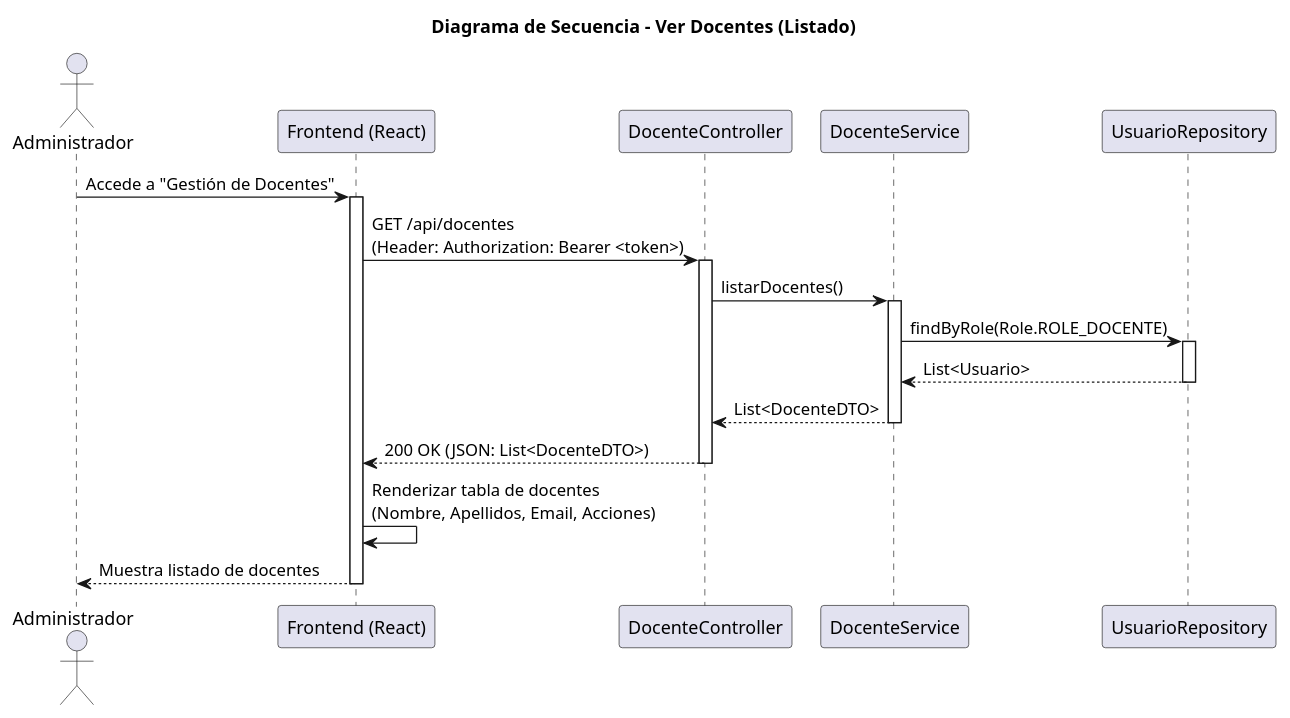
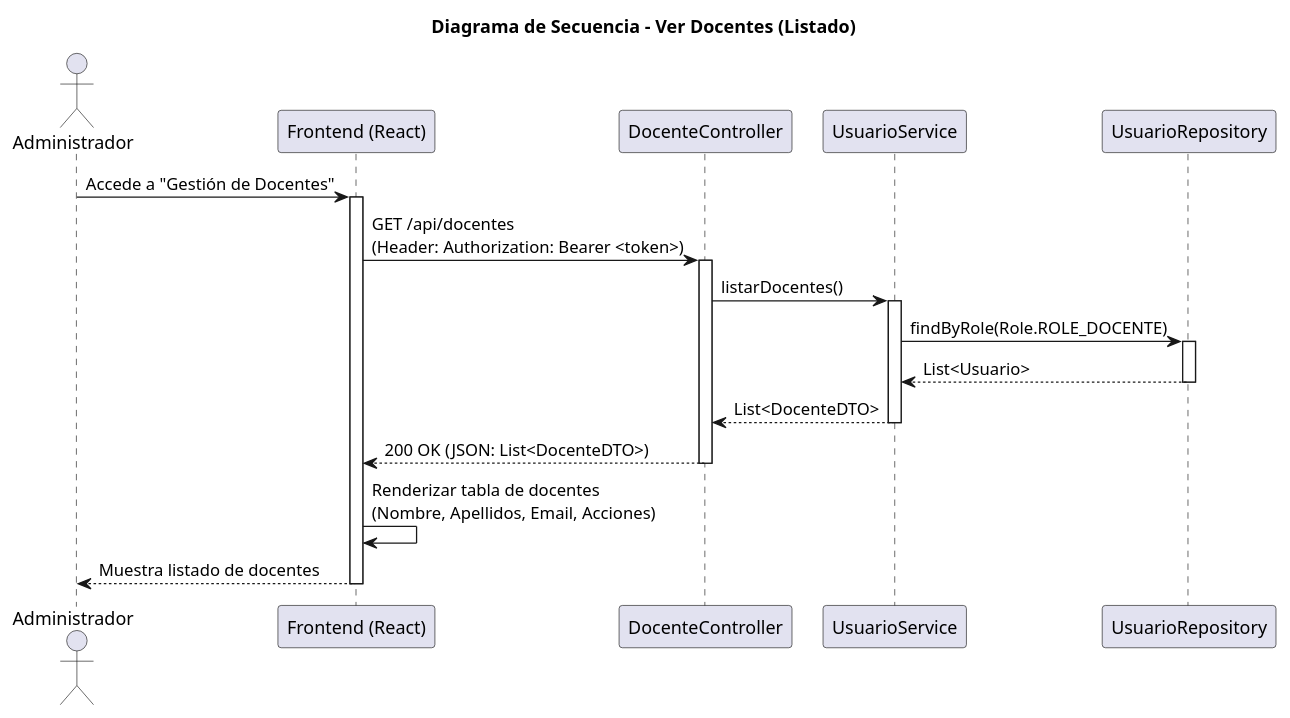
Before and after one commit to Pareyor/25-26-idsw2-sdVC: the diagram in modelosUML/diseño/verDocentes/secuencia.puml, drawn with PlantUML. The commit also changed 7 other files, not shown here.

Commit message:
fix: Corrige diagrama de secuencia en verDocente y crearDocente y corrige ubicación de las imágenes de verPreguntas y verAlumnos

```diff
--- a/modelosUML/diseño/verDocentes/secuencia.puml
+++ b/modelosUML/diseño/verDocentes/secuencia.puml
@@ -1,34 +1,34 @@
 @startuml
 title Diagrama de Secuencia - Ver Docentes (Listado)
 
 actor "Administrador" as Actor
 participant "Frontend (React)" as FE
 participant "DocenteController" as Controller
-participant "DocenteService" as Service
+participant "UsuarioService" as Service
 participant "UsuarioRepository" as Repo
 
 Actor -> FE: Accede a "Gestión de Docentes"
 activate FE
 
 FE -> Controller: GET /api/docentes\n(Header: Authorization: Bearer <token>)
 activate Controller
 
 Controller -> Service: listarDocentes()
 activate Service
 
 Service -> Repo: findByRole(Role.ROLE_DOCENTE)
 activate Repo
 Repo --> Service: List<Usuario>
 deactivate Repo
 
 Service --> Controller: List<DocenteDTO>
 deactivate Service
 
 Controller --> FE: 200 OK (JSON: List<DocenteDTO>)
 deactivate Controller
 
 FE -> FE: Renderizar tabla de docentes\n(Nombre, Apellidos, Email, Acciones)
 FE --> Actor: Muestra listado de docentes
 deactivate FE
 
 @enduml
```
